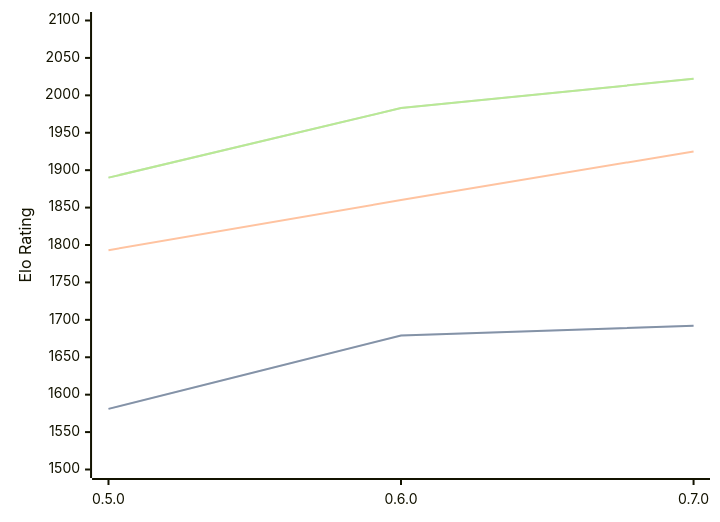
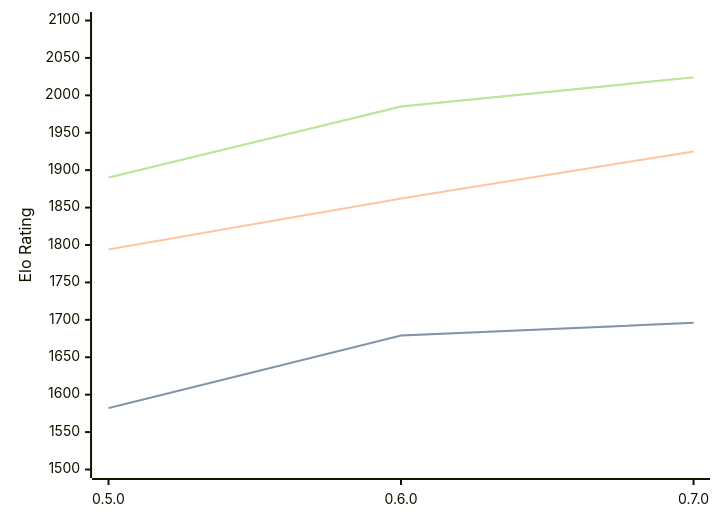
Before and after one commit to computer-chess-index/cci: the diagram in engines/Chess-rs.md, drawn with Mermaid. The commit also changed other lines of this file, not shown here.

Commit message:
Update CCI Ratings (ELO VLTC) - 2026-09-14

````diff
--- a/engines/Chess-rs.md
+++ b/engines/Chess-rs.md
@@ -33,11 +33,11 @@
 ```mermaid
 %%{init: {"theme":"base","themeVariables":{"seriesColors:['#a3a3a3','#222221','#faa371']}}}%%
 xychart-beta
   x-axis ["0.5.0", "0.6.0", "0.7.0"]
   y-axis "Elo Rating" 1500 --> 2100
-  line "" [1581, 1679, 1692]
-  line "STC (8.0+0.08s)" [1581, 1679, 1692]
-  line "LTC (60.0+0.60s)" [1793, 1860, 1925]
-  line "" [1890, 1983, 2022]
-  line "VLTC (2m24s+1.12s)" [1890, 1983, 2022]
+  line "" [1582, 1679, 1696]
+  line "STC (8.0+0.08s)" [1582, 1679, 1696]
+  line "LTC (60.0+0.60s)" [1794, 1862, 1925]
+  line "" [1890, 1985, 2024]
+  line "VLTC (2m24s+1.12s)" [1890, 1985, 2024]
 ```
````
